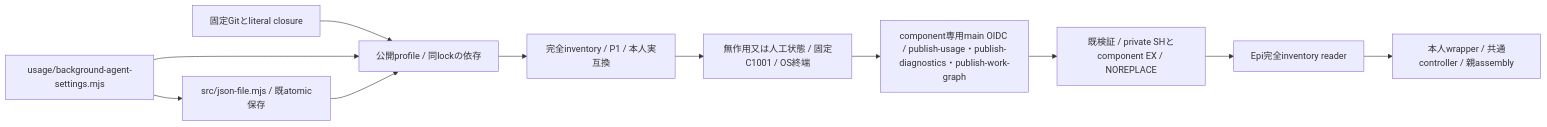
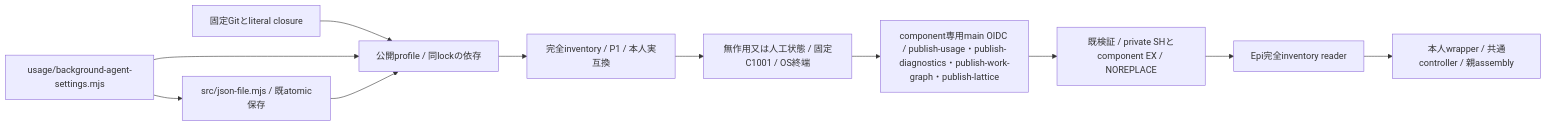
Before and after one commit to kitepon/BellTeam: the first of 4 diagrams in docs/architecture/modules/distribution/business-artifacts.md, drawn with Mermaid. The commit also changed other lines of this file and 52 other files, not shown here.

````diff
--- a/docs/architecture/modules/distribution/business-artifacts.md
+++ b/docs/architecture/modules/distribution/business-artifacts.md
@@ -5,13 +5,13 @@
 ```mermaid
 flowchart LR
   Git[固定Gitとliteral closure] --> Pack[公開profile / 同lockの依存]
   Background[usage/background-agent-settings.mjs] --> Atomic[src/json-file.mjs / 既atomic保存]
   Background --> Pack
   Atomic --> Pack
   Pack --> Archive[完全inventory / P1 / 本人実互換]
   Archive --> Probe[無作用又は人工状態 / 固定C1001 / OS終端]
-  Probe --> Sign[component専用main OIDC / publish-usage・publish-diagnostics・publish-work-graph]
+  Probe --> Sign[component専用main OIDC / publish-usage・publish-diagnostics・publish-work-graph・publish-lattice]
   Sign --> Root[既検証 / private SHとcomponent EX / NOREPLACE]
   Root --> Reader[Epi完全inventory reader]
   Reader --> Generation[本人wrapper / 共通controller / 親assembly]
 ```
````
